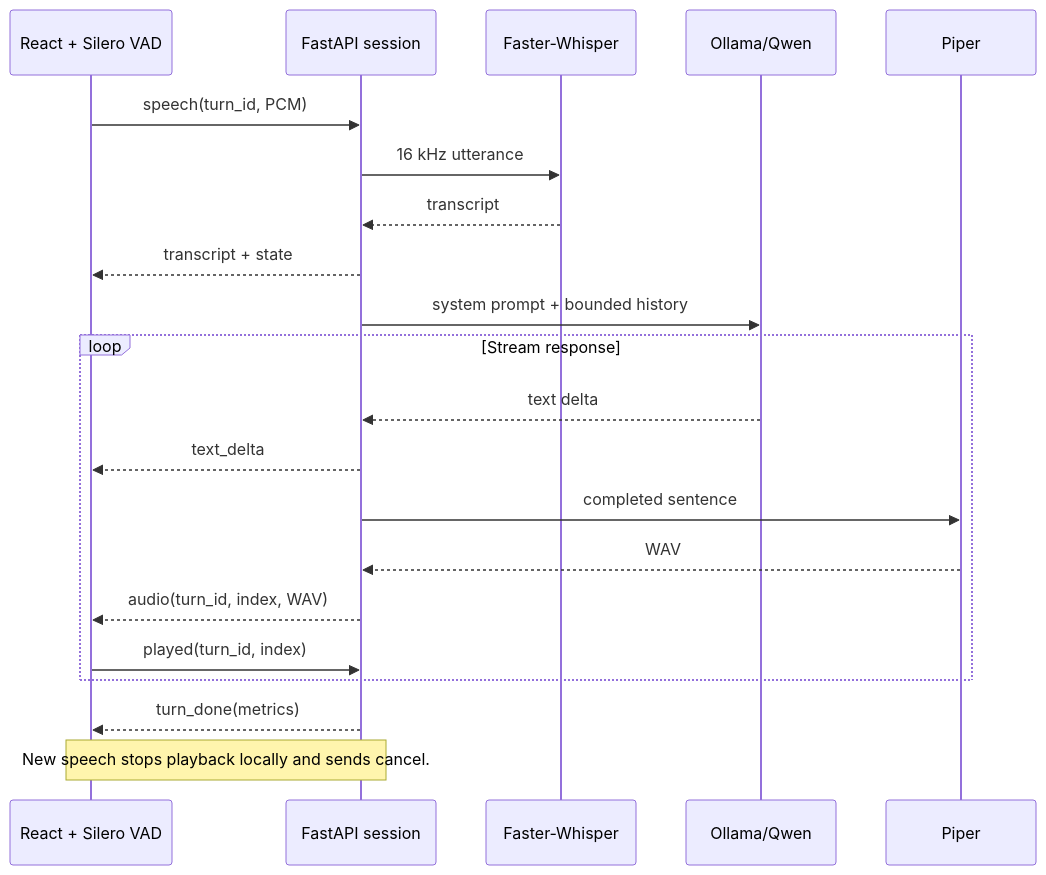
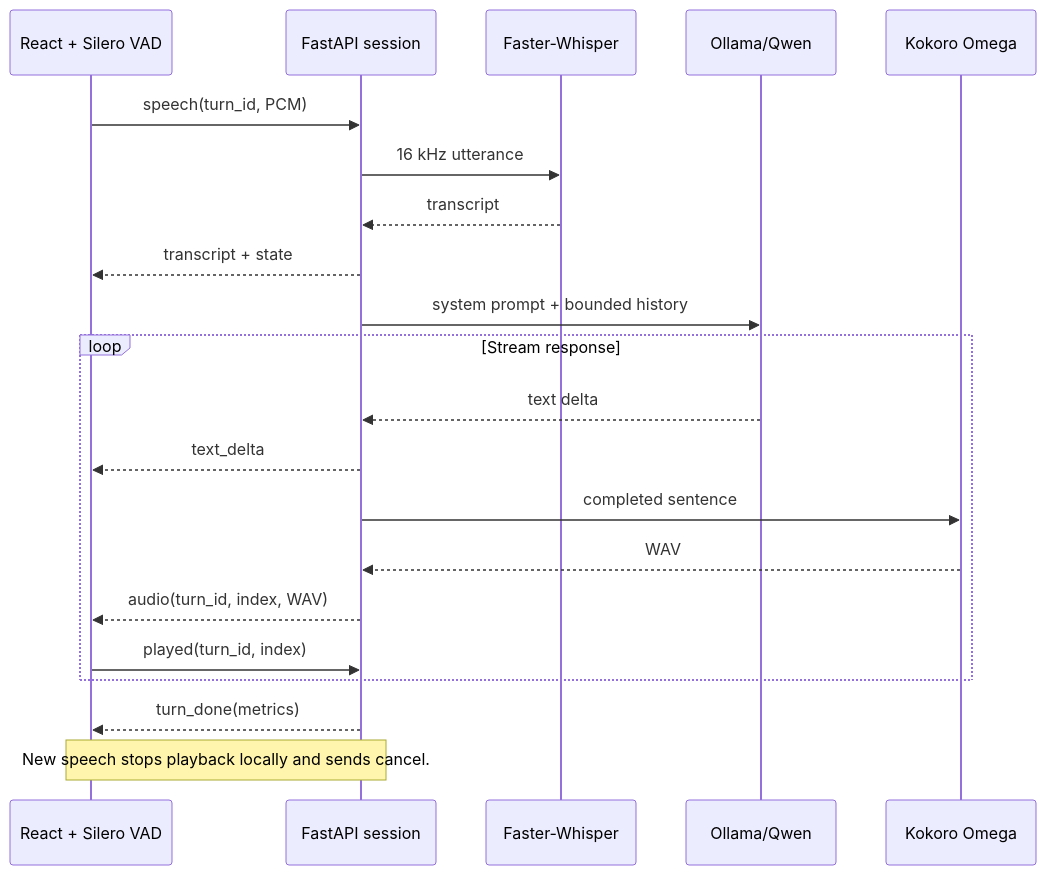
Before and after one commit to ss-sevesh/localvoice: the diagram in docs/architecture.md, drawn with Mermaid. The commit also changed other lines of this file and 43 other files, not shown here.

Commit message:
feat: add desert landing page and local account sign-in flow

````diff
--- a/docs/architecture.md
+++ b/docs/architecture.md
@@ -3,23 +40,23 @@
 ```mermaid
 sequenceDiagram
     participant UI as React + Silero VAD
     participant API as FastAPI session
     participant STT as Faster-Whisper
     participant LLM as Ollama/Qwen
-    participant TTS as Piper
+    participant TTS as Kokoro Omega
     UI->>API: speech(turn_id, PCM)
     API->>STT: 16 kHz utterance
     STT-->>API: transcript
     API-->>UI: transcript + state
     API->>LLM: system prompt + bounded history
     loop Stream response
         LLM-->>API: text delta
         API-->>UI: text_delta
         API->>TTS: completed sentence
         TTS-->>API: WAV
         API-->>UI: audio(turn_id, index, WAV)
         UI->>API: played(turn_id, index)
     end
     API-->>UI: turn_done(metrics)
     Note over UI,API: New speech stops playback locally and sends cancel.
 ```
````
